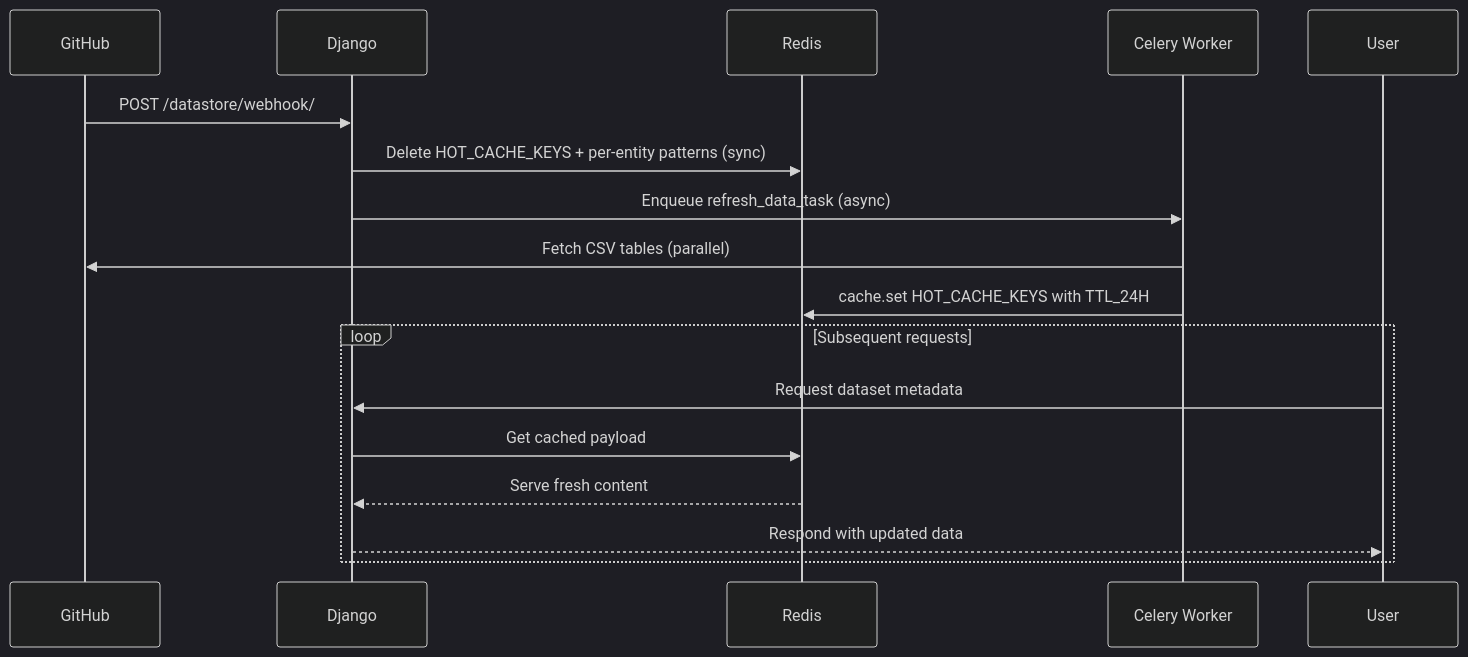
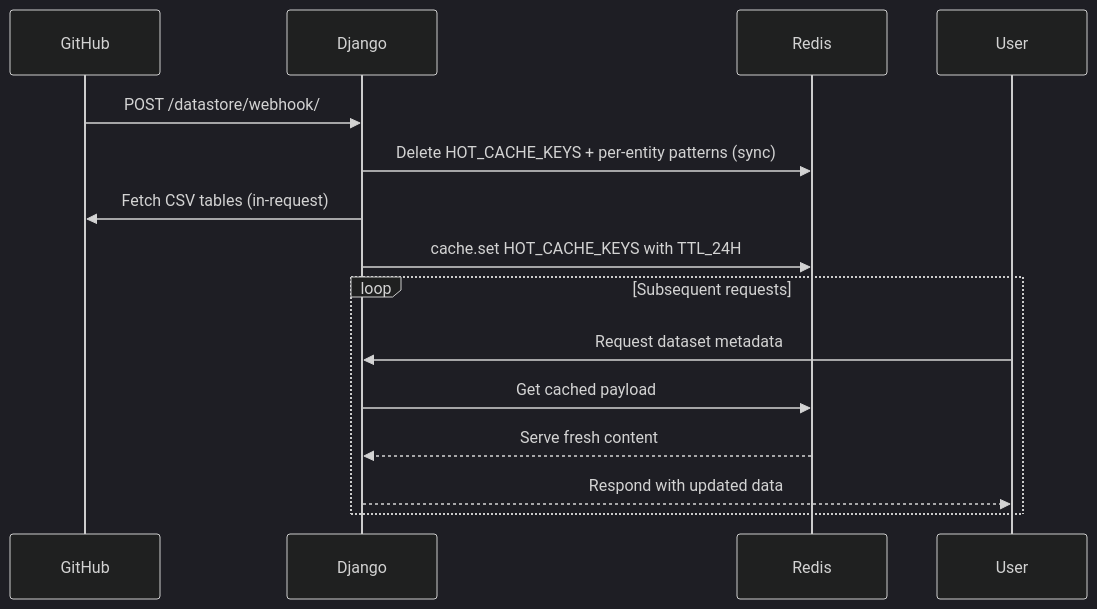
Before and after one commit to ClimateSmartAgCollab/DRT_Design_Document: the second of 5 diagrams in docs/cache-architecture.md, drawn with Mermaid (dark theme). The commit also changed other lines of this file and 4 other files, not shown here.

````diff
--- a/docs/cache-architecture.md
+++ b/docs/cache-architecture.md
@@ -66,20 +63,18 @@
 ```mermaid
 sequenceDiagram
     participant GitHub
     participant Django
     participant Redis
-    participant Celery as Celery Worker
     participant User
 
     GitHub->>Django: POST /datastore/webhook/
     Django->>Redis: Delete HOT_CACHE_KEYS + per-entity patterns (sync)
-    Django->>Celery: Enqueue refresh_data_task (async)
-    Celery->>GitHub: Fetch CSV tables (parallel)
-    Celery->>Redis: cache.set HOT_CACHE_KEYS with TTL_24H
+    Django->>GitHub: Fetch CSV tables (in-request)
+    Django->>Redis: cache.set HOT_CACHE_KEYS with TTL_24H
     loop Subsequent requests
         User->>Django: Request dataset metadata
         Django->>Redis: Get cached payload
         Redis-->>Django: Serve fresh content
         Django-->>User: Respond with updated data
     end
 ```
````
